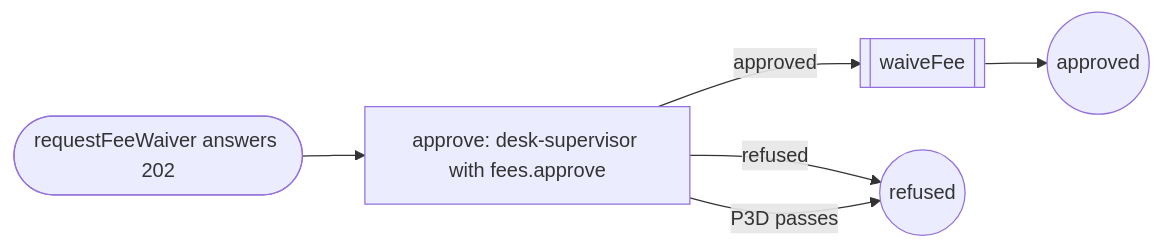
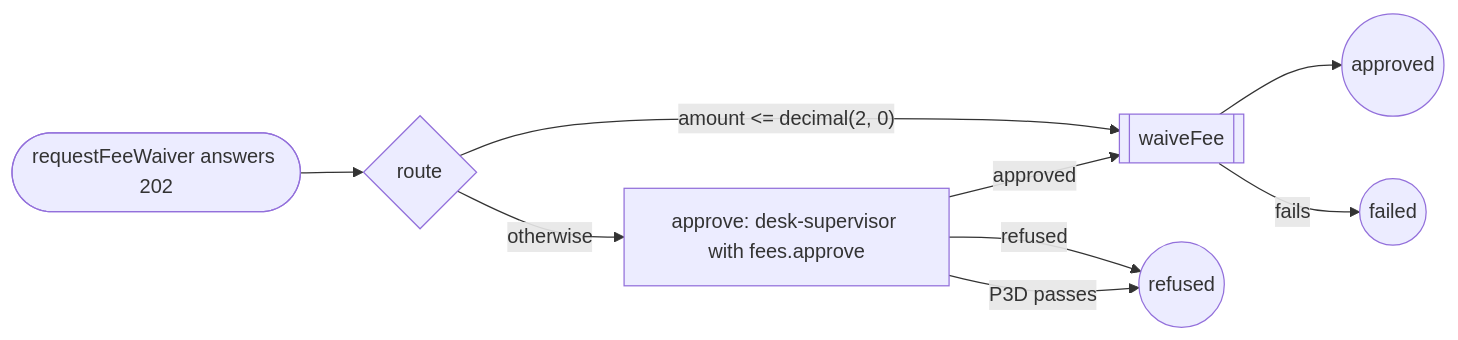
Diagram 25 of 30 in examples/library-lending/docs/techspec.md (SpecArch/specarch), drawn with Mermaid before and after one commit. The commit also changed other lines of this file and 72 other files, not shown here.

````diff
--- a/examples/library-lending/docs/techspec.md
+++ b/examples/library-lending/docs/techspec.md
@@ -990,13 +990,18 @@
 ```mermaid
 flowchart LR
   start(["requestFeeWaiver answers 202"])
-  s0["approve: desk-supervisor with fees.approve"]
-  s1[["waiveFee"]]
+  s0{"route"}
+  s1["approve: desk-supervisor with fees.approve"]
+  s2[["waiveFee"]]
   done(("approved"))
   refused(("refused"))
+  failed(("failed"))
   start --> s0
-  s0 -->|"approved"| s1
-  s0 -->|"refused"| refused
-  s0 -->|"P3D passes"| refused
-  s1 --> done
+  s0 -->|"amount <= decimal(2, 0)"| s2
+  s0 -->|"otherwise"| s1
+  s1 -->|"approved"| s2
+  s1 -->|"refused"| refused
+  s1 -->|"P3D passes"| refused
+  s2 --> done
+  s2 -->|"fails"| failed
 ```
````
